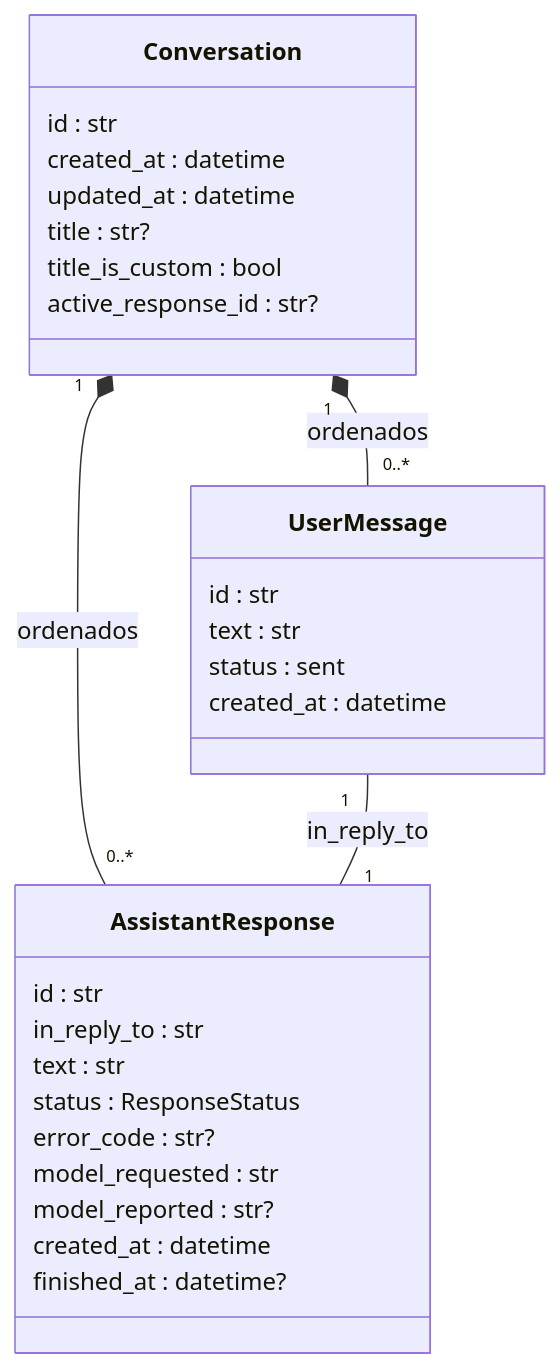
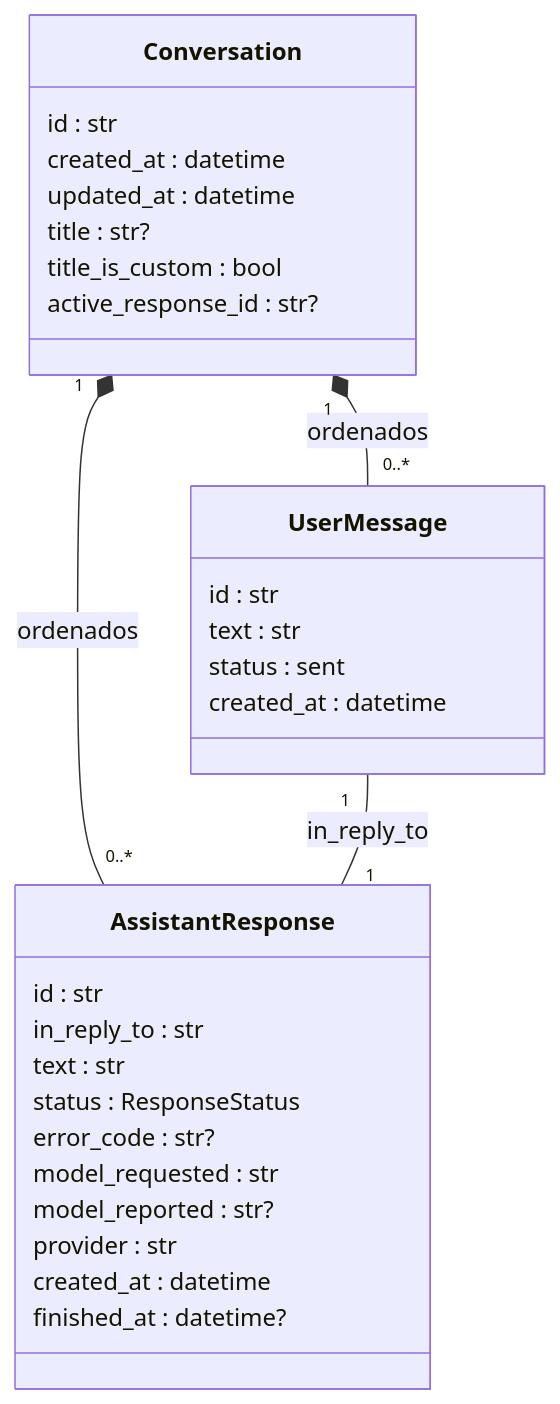
One commit to Jhonnysour/AI-assistant-backend changed the first of 2 diagrams in docs/domain/conversations.md. Above: the diagram before and after it, drawn with Mermaid. The commit also changed other lines of this file and 19 other files, not shown here.

````diff
--- a/docs/domain/conversations.md
+++ b/docs/domain/conversations.md
@@ -28,31 +28,32 @@
 ```mermaid
 classDiagram
     class Conversation {
         id : str
         created_at : datetime
         updated_at : datetime
         title : str?
         title_is_custom : bool
         active_response_id : str?
     }
     class UserMessage {
         id : str
         text : str
         status : sent
         created_at : datetime
     }
     class AssistantResponse {
         id : str
         in_reply_to : str
         text : str
         status : ResponseStatus
         error_code : str?
         model_requested : str
         model_reported : str?
+        provider : str
         created_at : datetime
         finished_at : datetime?
     }
     Conversation "1" *-- "0..*" UserMessage : ordenados
     Conversation "1" *-- "0..*" AssistantResponse : ordenados
     UserMessage "1" -- "1" AssistantResponse : in_reply_to
 ```
````
